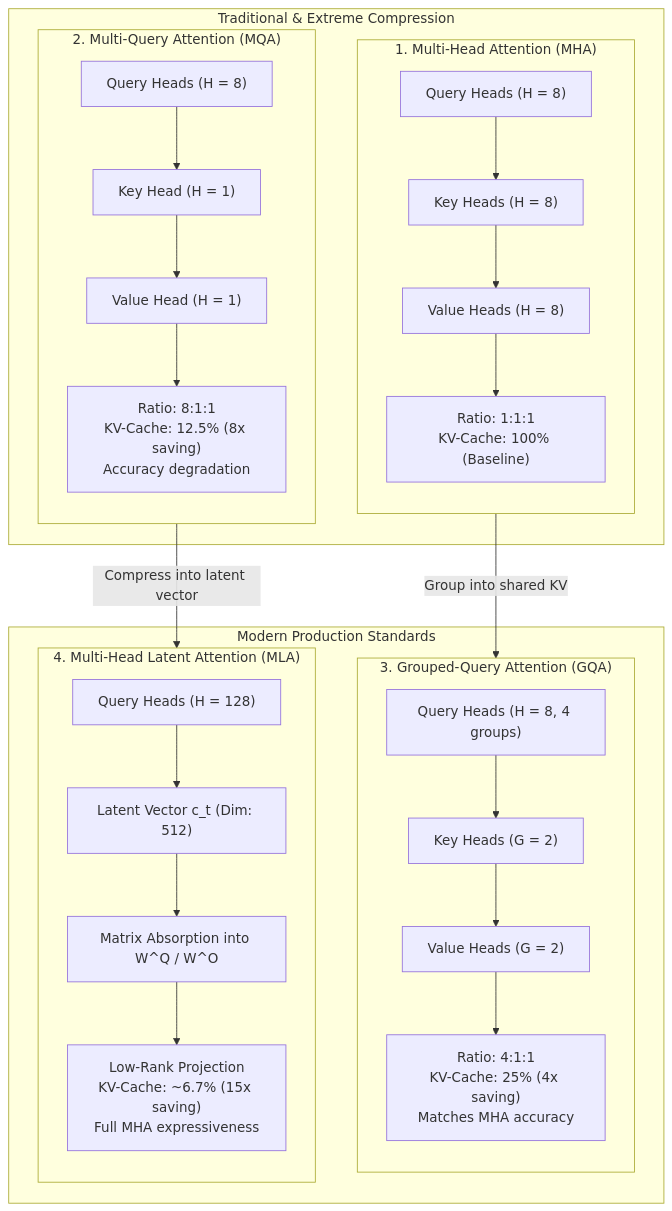
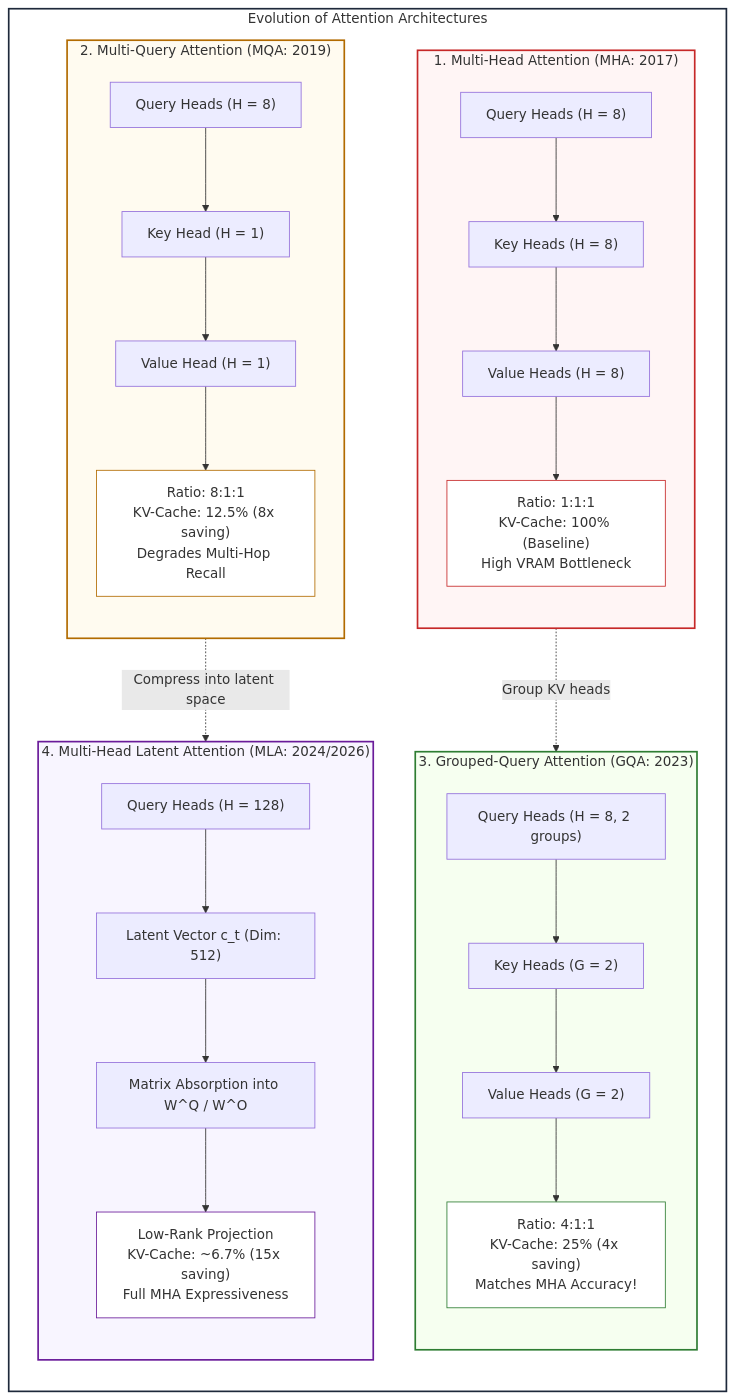
Before and after one commit to dip4k/senior-engineer-to-ai-engineer-roadmap: the second of 3 diagrams in 00-foundations-and-token-mechanics/03-kv-cache-vram-and-bandwidth-physics.md, drawn with Mermaid. The commit also changed other lines of this file and 6 other files, not shown here.

````diff
--- a/00-foundations-and-token-mechanics/03-kv-cache-vram-and-bandwidth-physics.md
+++ b/00-foundations-and-token-mechanics/03-kv-cache-vram-and-bandwidth-physics.md
@@ -165,46 +156,56 @@
 ```mermaid
 flowchart TD
-    subgraph Traditional["Traditional & Extreme Compression"]
-        subgraph MHA["1. Multi-Head Attention (MHA)"]
+    subgraph ATTN_ARCH["Evolution of Attention Architectures"]
+        direction TB
+
+        subgraph MHA["1. Multi-Head Attention (MHA: 2017)"]
             direction TB
             Q_MHA["Query Heads (H = 8)"]
             K_MHA["Key Heads (H = 8)"]
             V_MHA["Value Heads (H = 8)"]
-            MHA_Note["Ratio: 1:1:1<br>KV-Cache: 100% (Baseline)"]
+            MHA_Note["Ratio: 1:1:1<br>KV-Cache: 100% (Baseline)<br>High VRAM Bottleneck"]
             Q_MHA --> K_MHA --> V_MHA --> MHA_Note
         end
 
-        subgraph MQA["2. Multi-Query Attention (MQA)"]
+        subgraph MQA["2. Multi-Query Attention (MQA: 2019)"]
             direction TB
             Q_MQA["Query Heads (H = 8)"]
             K_MQA["Key Head (H = 1)"]
             V_MQA["Value Head (H = 1)"]
-            MQA_Note["Ratio: 8:1:1<br>KV-Cache: 12.5% (8x saving)<br>Accuracy degradation"]
+            MQA_Note["Ratio: 8:1:1<br>KV-Cache: 12.5% (8x saving)<br>Degrades Multi-Hop Recall"]
             Q_MQA --> K_MQA --> V_MQA --> MQA_Note
         end
-    end
 
-    subgraph Modern["Modern Production Standards"]
-        subgraph GQA["3. Grouped-Query Attention (GQA)"]
+        subgraph GQA["3. Grouped-Query Attention (GQA: 2023)"]
             direction TB
-            Q_GQA["Query Heads (H = 8, 4 groups)"]
+            Q_GQA["Query Heads (H = 8, 2 groups)"]
             K_GQA["Key Heads (G = 2)"]
             V_GQA["Value Heads (G = 2)"]
-            GQA_Note["Ratio: 4:1:1<br>KV-Cache: 25% (4x saving)<br>Matches MHA accuracy"]
+            GQA_Note["Ratio: 4:1:1<br>KV-Cache: 25% (4x saving)<br>Matches MHA Accuracy!"]
             Q_GQA --> K_GQA --> V_GQA --> GQA_Note
         end
 
-        subgraph MLA["4. Multi-Head Latent Attention (MLA)"]
+        subgraph MLA["4. Multi-Head Latent Attention (MLA: 2024/2026)"]
             direction TB
             Q_MLA["Query Heads (H = 128)"]
             Latent["Latent Vector c_t (Dim: 512)"]
             Absorb["Matrix Absorption into W^Q / W^O"]
-            MLA_Note["Low-Rank Projection<br>KV-Cache: ~6.7% (15x saving)<br>Full MHA expressiveness"]
+            MLA_Note["Low-Rank Projection<br>KV-Cache: ~6.7% (15x saving)<br>Full MHA Expressiveness"]
             Q_MLA --> Latent --> Absorb --> MLA_Note
         end
+
+        MHA_Note -.->|"Group KV heads"| GQA
+        MQA_Note -.->|"Compress into latent space"| MLA
     end
 
-    %% Symmetrical connections between evolutionary generations
-    MHA_Note -->|"Group into shared KV"| GQA
-    MQA_Note -->|"Compress into latent vector"| MLA
+    style ATTN_ARCH fill:#ffffff,stroke:#1e293b,stroke-width:2px
+    style MHA fill:#fff5f5,stroke:#c62828,stroke-width:2px
+    style MQA fill:#fffbf0,stroke:#b26b00,stroke-width:2px
+    style GQA fill:#f6fff0,stroke:#2e7d32,stroke-width:2px
+    style MLA fill:#f8f5ff,stroke:#6a1b9a,stroke-width:2px
+
+    style MHA_Note fill:#ffffff,stroke:#c62828,stroke-width:1px
+    style MQA_Note fill:#ffffff,stroke:#b26b00,stroke-width:1px
+    style GQA_Note fill:#ffffff,stroke:#2e7d32,stroke-width:1px
+    style MLA_Note fill:#ffffff,stroke:#6a1b9a,stroke-width:1px
 ```
````
